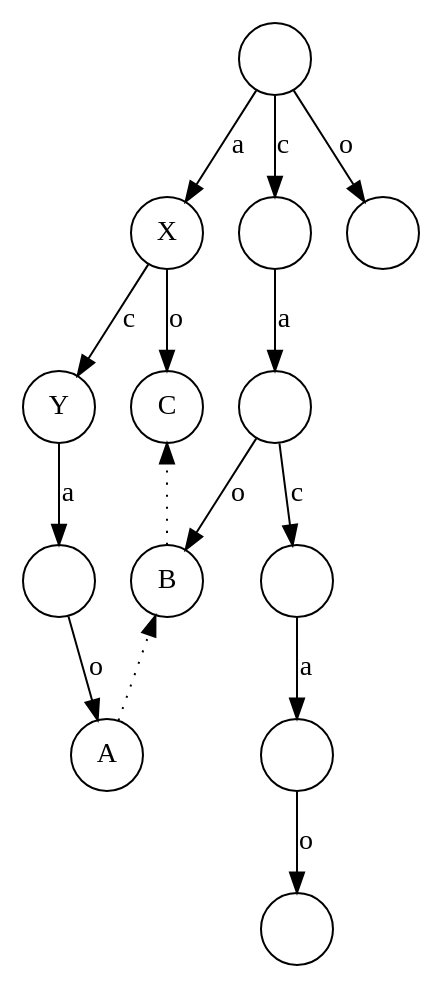
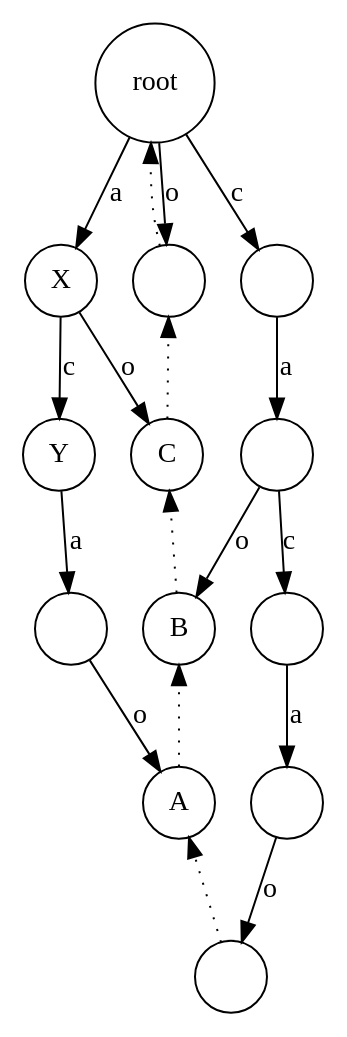
The diagram in algo/datastruct/tree/suffix-tree/img/strie-cacao.dot (liuxinyu95/AlgoXY), drawn with Graphviz before and after one commit. The commit also changed 8 other files, not shown here.

```diff
--- a/algo/datastruct/tree/suffix-tree/img/strie-cacao.dot
+++ b/algo/datastruct/tree/suffix-tree/img/strie-cacao.dot
@@ -1,33 +1,39 @@
 digraph G{
 	node[shape=circle]
-	t[label=""];
+	t[label="root"];
 	ta[label="X"];
 	tac[label="Y"];
 	taca[label=""];
 	tacao[label="A"];
 	taca->tacao[label="o"]
 	tac->taca[label="a"]
 	ta->tac[label="c"]
 	tao[label="C"];
 	ta->tao[label="o"]
 	t->ta[label="a"]
 	tc[label=""];
 	tca[label=""];
 	tcac[label=""];
 	tcaca[label=""];
 	tcacao[label=""];
 	tcaca->tcacao[label="o"]
 	tcac->tcaca[label="a"]
 	tca->tcac[label="c"]
 	tcao[label="B"];
 	tca->tcao[label="o"]
 	tc->tca[label="a"]
 	t->tc[label="c"]
 	to[label=""];
 	t->to[label="o"]
-	tacao->tcao[style=dotted];
-	tcao->tao[style=dotted];
+	/*suffix links*/
+	tcacao->tacao[style=dotted]
+	tacao->tcao[style=dotted]
+	tcao->tao[style=dotted]
+	tao->to[style=dotted]
+	to->t[style=dotted]
+	/*layout*/
+	{rank = same; ta; tc; to;}
 	{rank = same; tao; tac; tca}
-	{rank = same; ta; tc; to;}
 	{rank = same; tcao; tcac; taca;}
+	{rank = same; tacao; tcaca;}
 }
```
